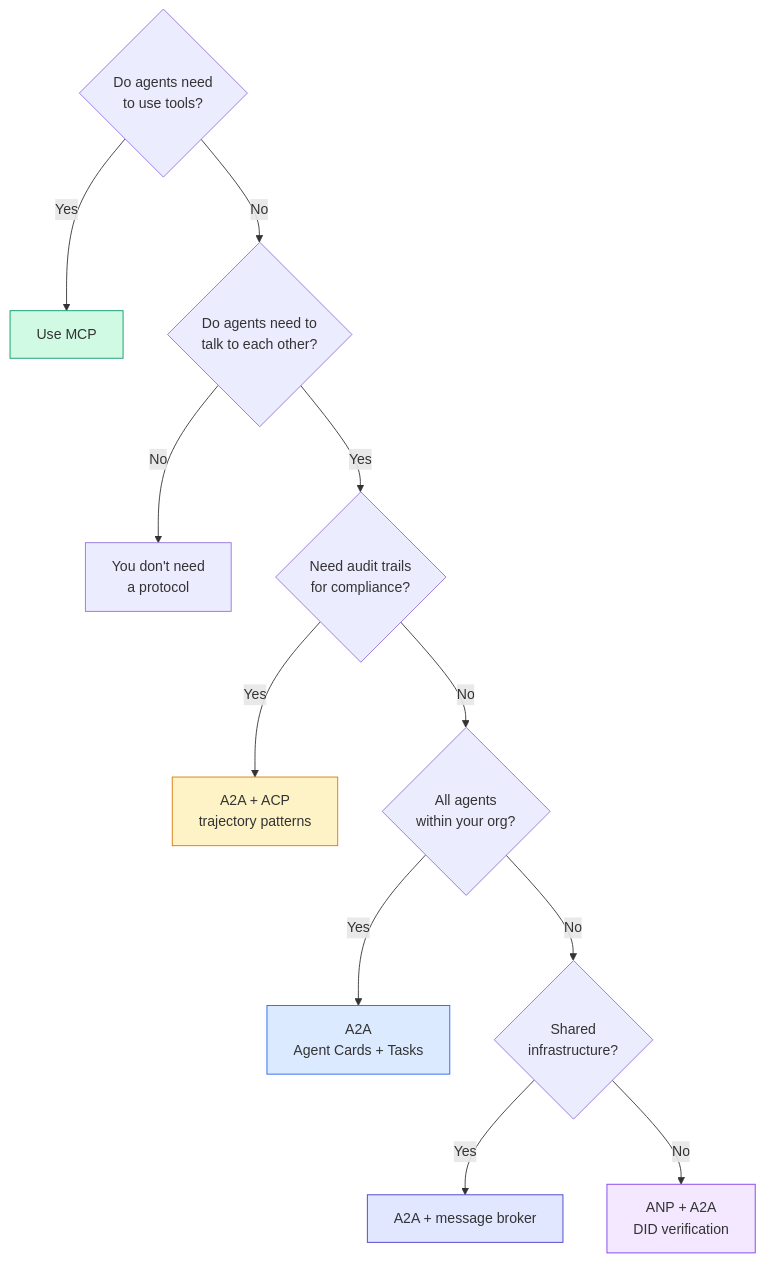
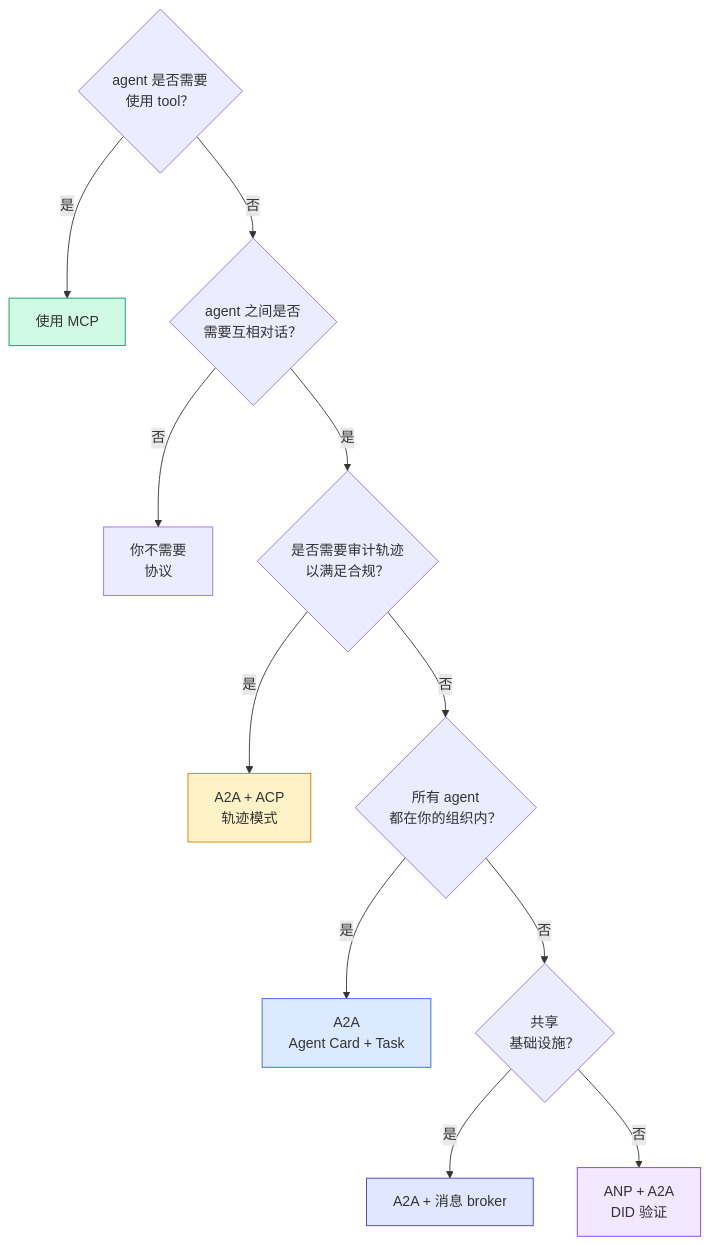
One commit to JerryC8080/ai-engineering-from-scratch-zh changed diagram 13 of 13 in phases/16-multi-agent-and-swarms/03-communication-protocols/docs/zh.md. Above: the diagram before and after it, drawn with Mermaid. The commit also changed other lines of this file and 156 other files, not shown here.

First line of the commit message:
i18n(zh): translate mermaid diagram labels in 157 lesson zh.md

````diff
--- a/phases/16-multi-agent-and-swarms/03-communication-protocols/docs/zh.md
+++ b/phases/16-multi-agent-and-swarms/03-communication-protocols/docs/zh.md
@@ -1452,20 +1452,20 @@
 ```mermaid
 graph TD
-    START{Do agents need<br/>to use tools?}
-    START -->|Yes| MCP_R[Use MCP]
-    START -->|No| TALK{Do agents need to<br/>talk to each other?}
-    TALK -->|No| NONE[You don't need<br/>a protocol]
-    TALK -->|Yes| AUDIT{Need audit trails<br/>for compliance?}
-    AUDIT -->|Yes| ACP_R[A2A + ACP<br/>trajectory patterns]
-    AUDIT -->|No| ORG{All agents<br/>within your org?}
-    ORG -->|Yes| A2A_R[A2A<br/>Agent Cards + Tasks]
-    ORG -->|No| INFRA{Shared<br/>infrastructure?}
-    INFRA -->|Yes| BROKER[A2A + message broker]
-    INFRA -->|No| ANP_R[ANP + A2A<br/>DID verification]
+    START{agent 是否需要<br/>使用 tool？}
+    START -->|是| MCP_R[使用 MCP]
+    START -->|否| TALK{agent 之间是否<br/>需要互相对话？}
+    TALK -->|否| NONE[你不需要<br/>协议]
+    TALK -->|是| AUDIT{是否需要审计轨迹<br/>以满足合规？}
+    AUDIT -->|是| ACP_R[A2A + ACP<br/>轨迹模式]
+    AUDIT -->|否| ORG{所有 agent<br/>都在你的组织内？}
+    ORG -->|是| A2A_R[A2A<br/>Agent Card + Task]
+    ORG -->|否| INFRA{共享<br/>基础设施？}
+    INFRA -->|是| BROKER[A2A + 消息 broker]
+    INFRA -->|否| ANP_R[ANP + A2A<br/>DID 验证]
 
     style MCP_R fill:#d1fae5,stroke:#059669
     style A2A_R fill:#dbeafe,stroke:#2563eb
     style ACP_R fill:#fef3c7,stroke:#d97706
     style ANP_R fill:#f3e8ff,stroke:#7c3aed
     style BROKER fill:#e0e7ff,stroke:#4338ca
 ```
````
